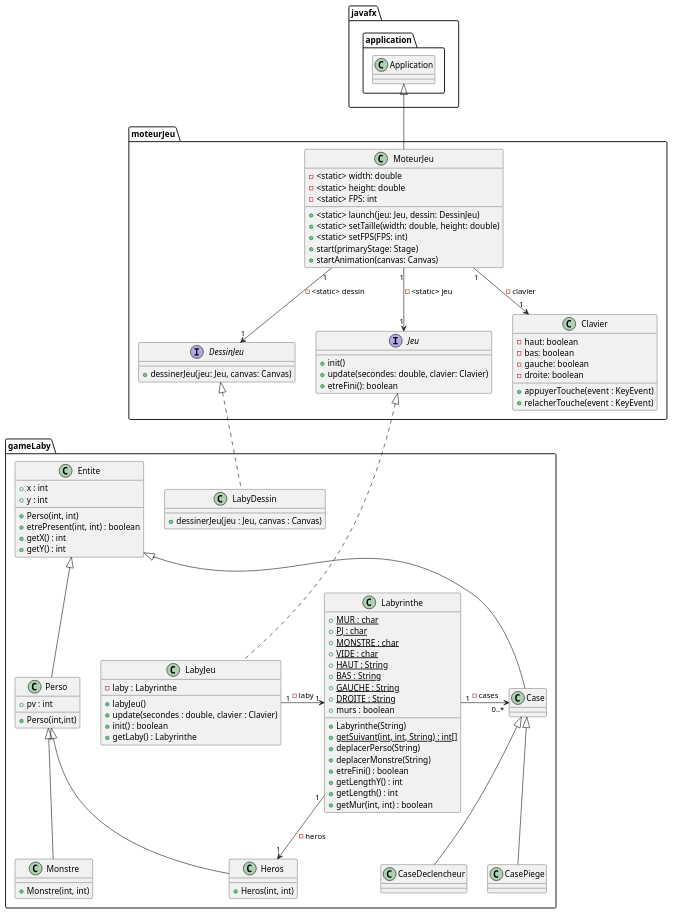
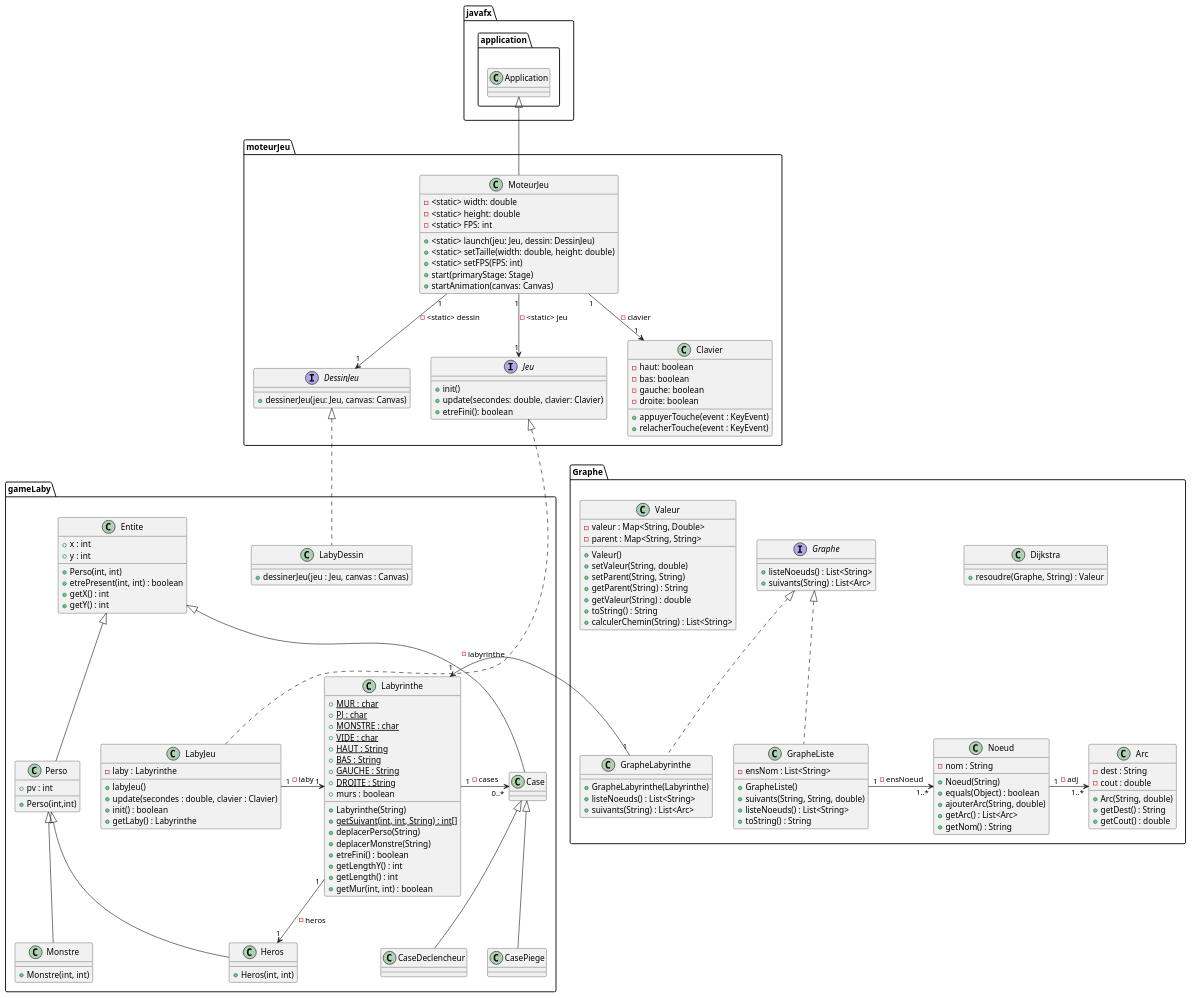
Before and after one commit to Stephane-Lpt/SAE_2.01_Zeldiablo: the diagram in documents/version_3/nouvelleConceptionEntites.puml, drawn with PlantUML. The commit also changed 1 other file, not shown here.

Commit message:
diagramme de classe complété avec le package Graphe

```diff
--- a/documents/version_3/nouvelleConceptionEntites.puml
+++ b/documents/version_3/nouvelleConceptionEntites.puml
@@ -24,9 +24,9 @@
 
 
 interface Jeu{
-+ init()
-+ update(secondes: double, clavier: Clavier)
-+ etreFini(): boolean
+    + init()
+    + update(secondes: double, clavier: Clavier)
+    + etreFini(): boolean
 }
 
 MoteurJeu "1" --> "1" Jeu : - <static> jeu
@@ -39,12 +39,12 @@
 MoteurJeu "1" --> "1" DessinJeu : - <static> dessin
 
 class Clavier{
-- haut: boolean
-- bas: boolean
-- gauche: boolean
-- droite: boolean
-+ appuyerTouche(event : KeyEvent)
-+ relacherTouche(event : KeyEvent)
+    - haut: boolean
+    - bas: boolean
+    - gauche: boolean
+    - droite: boolean
+    + appuyerTouche(event : KeyEvent)
+    + relacherTouche(event : KeyEvent)
 }
 
 MoteurJeu "1" --> "1" Clavier : - clavier
@@ -53,19 +53,16 @@
 package gameLaby{
 
 class LabyJeu{
-- laby : Labyrinthe
-+ labyJeu()
-+ update(secondes : double, clavier : Clavier)
-+ init() : boolean
-+ getLaby() : Labyrinthe
+    - laby : Labyrinthe
+    + labyJeu()
+    + update(secondes : double, clavier : Clavier)
+    + init() : boolean
+    + getLaby() : Labyrinthe
 }
 Jeu <|.. LabyJeu
 
 class LabyDessin{
-+ dessinerJeu(jeu : Jeu, canvas : Canvas)
-
-
-
+    + dessinerJeu(jeu : Jeu, canvas : Canvas)
 }
 
 class Labyrinthe{
@@ -123,6 +120,7 @@
 
 }
 
+
 Labyrinthe "1" -> "0..*" Case : - cases
 Labyrinthe "1" -> "1" Heros : - heros
 LabyJeu "1" -> "1" Labyrinthe : - laby
@@ -135,7 +133,67 @@
 Case <|-- CasePiege
 DessinJeu <|.. LabyDessin
 
+}
+package Graphe{
 
+class Arc{
+    - dest : String
+    - cout : double
+    + Arc(String, double)
+    + getDest() : String
+    + getCout() : double
+}
+
+class Dijkstra{
+    + resoudre(Graphe, String) : Valeur
+}
+
+interface Graphe{
+    + listeNoeuds() : List<String>
+    + suivants(String) : List<Arc>
+}
+
+class GrapheLabyrinthe{
+    + GrapheLabyrinthe(Labyrinthe)
+    + listeNoeuds() : List<String>
+    + suivants(String) : List<Arc>
+}
+
+class GrapheListe{
+    - ensNom : List<String>
+    + GrapheListe()
+    + suivants(String, String, double)
+    + listeNoeuds() : List<String>
+    + toString() : String
+}
+
+class Noeud{
+    - nom : String
+    + Noeud(String)
+    + equals(Object) : boolean
+    + ajouterArc(String, double)
+    + getArc() : List<Arc>
+    + getNom() : String
+}
+
+class Valeur{
+    - valeur : Map<String, Double>
+    - parent : Map<String, String>
+    + Valeur()
+    + setValeur(String, double)
+    + setParent(String, String)
+    + getParent(String) : String
+    + getValeur(String) : double
+    + toString() : String
+    + calculerChemin(String) : List<String>
+}
+
+GrapheLabyrinthe "1" -> "1" Labyrinthe : - labyrinthe
+GrapheListe "1" -> "1..*" Noeud : - ensNoeud
+Noeud "1" -> "1..*" Arc : - adj
+
+Graphe <|.. GrapheLabyrinthe
+Graphe <|.. GrapheListe
 
 }
 
```
